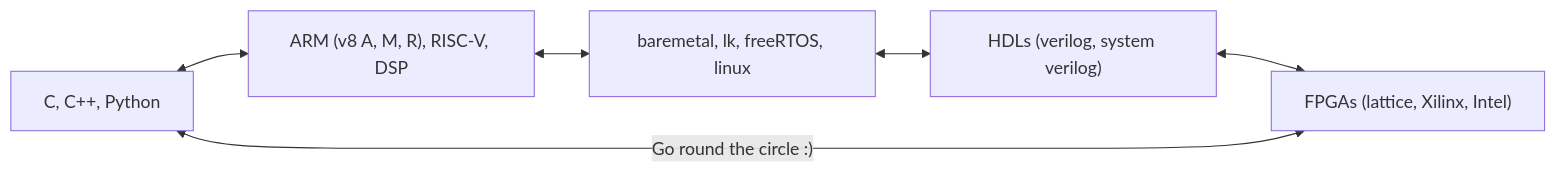
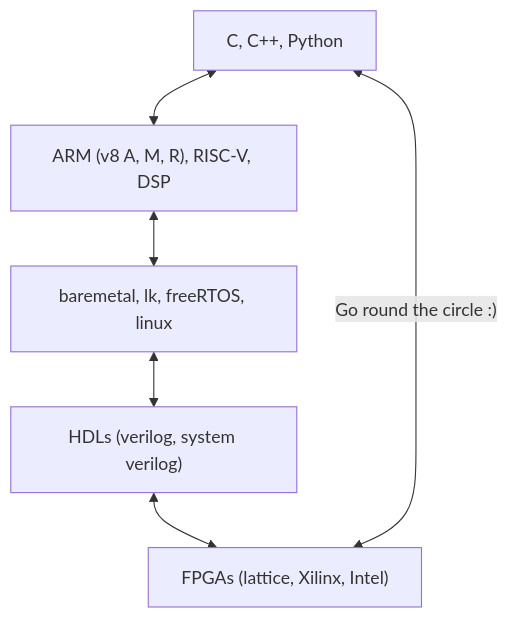
One commit to streetdogg/streetdogg changed the diagram in README.md. Above: the diagram before and after it, drawn with Mermaid.

````diff
--- a/README.md
+++ b/README.md
@@ -1,8 +1,8 @@
 ```mermaid
-flowchart LR
+flowchart TD
     languages["C, C++, Python"] <--> cpu["ARM (v8 A, M, R), RISC-V, DSP"]
     cpu <-->os["baremetal, lk, freeRTOS, linux"]
     os <--> hw["HDLs (verilog, system verilog)"]
     hw <--> fpga["FPGAs (lattice, Xilinx, Intel)"]
     fpga <--> |" Go round the circle :) "| languages
 ```
````
